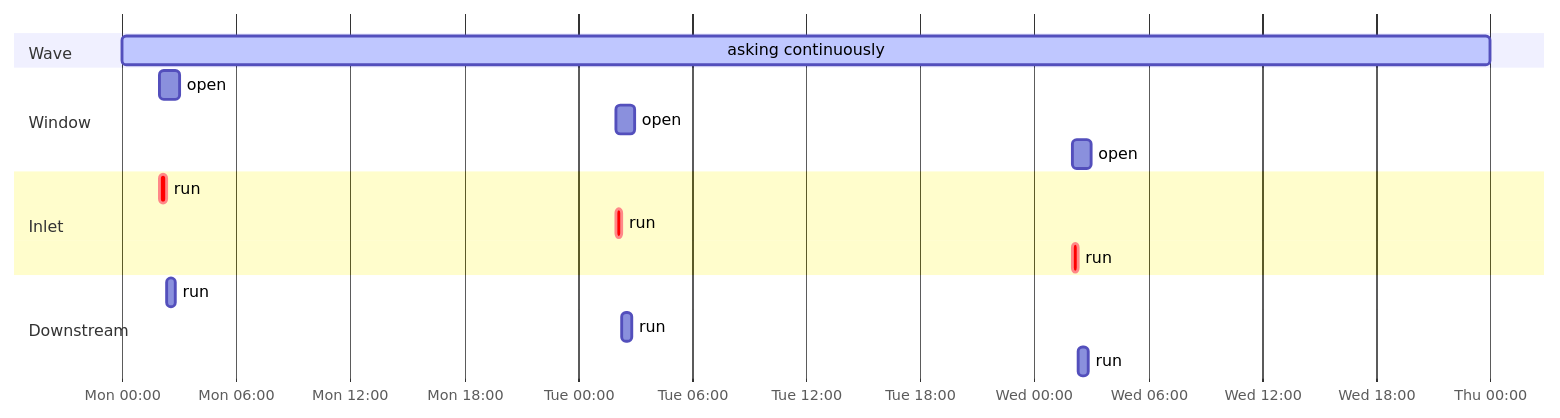
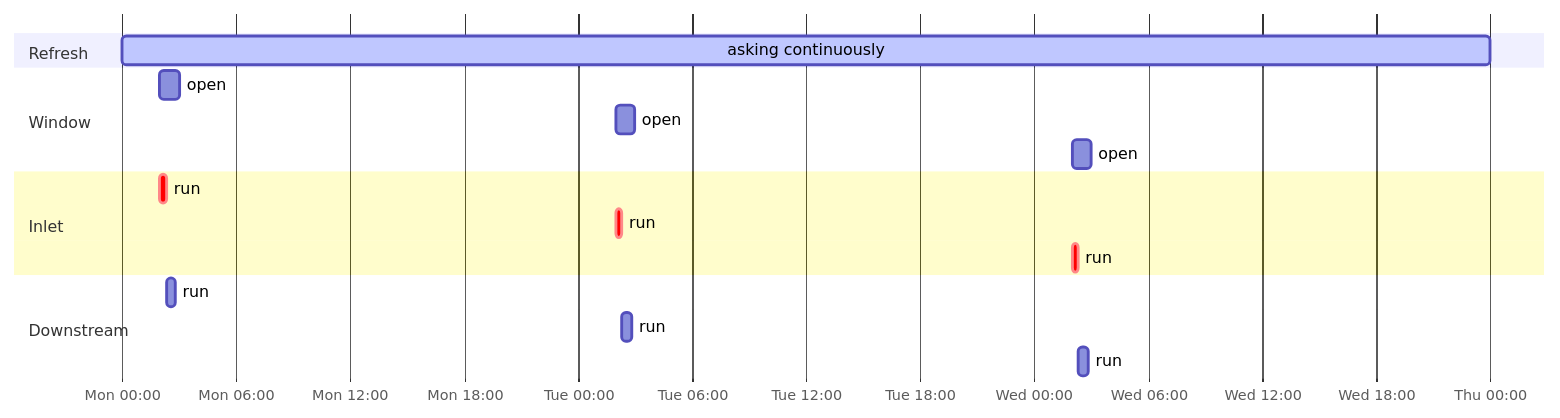
Before and after one commit to duckstring-dev/duckstring: the fourth of 4 diagrams in docs/docs/concepts/orchestration.md, drawn with Mermaid. The commit also changed other lines of this file and 44 other files, not shown here.

````diff
--- a/docs/docs/concepts/orchestration.md
+++ b/docs/docs/concepts/orchestration.md
@@ -134,20 +134,20 @@
 ```mermaid
 gantt
     dateFormat YYYY-MM-DD HH:mm
     axisFormat %a %H:%M
     todayMarker off
-    section Wave
+    section Refresh
     asking continuously :active, 2026-10-05 00:00, 3d
     section Window
     open :2026-10-05 02:00, 1h
     open :2026-10-06 02:00, 1h
     open :2026-10-07 02:00, 1h
     section Inlet
     run :crit, 2026-10-05 02:00, 20m
     run :crit, 2026-10-06 02:00, 20m
     run :crit, 2026-10-07 02:00, 20m
     section Downstream
     run :2026-10-05 02:20, 30m
     run :2026-10-06 02:20, 30m
     run :2026-10-07 02:20, 30m
 ```
````
